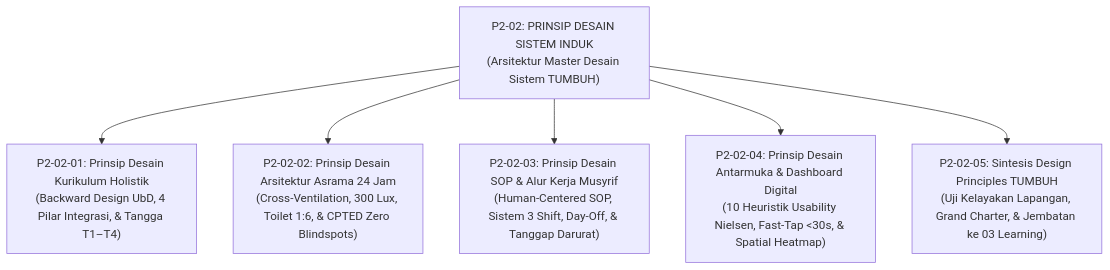
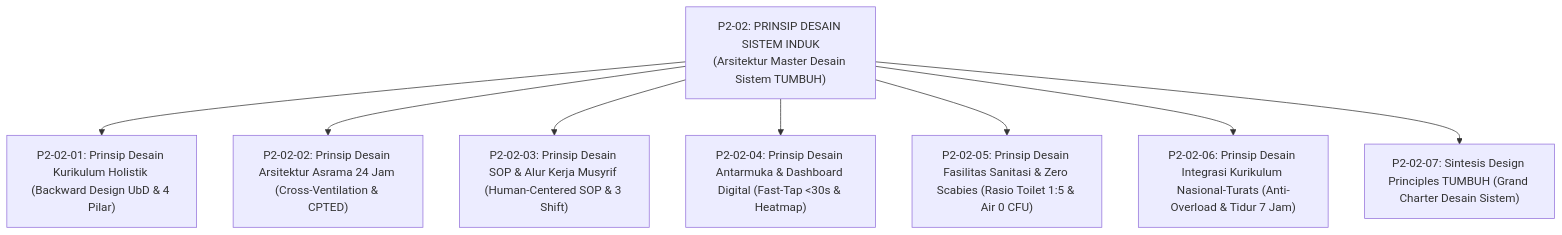
One commit to wandiapriliyandi/tumbuh changed the second of 3 diagrams in 02 Principles/02 Design Principles/P2-02-Prinsip-Desain-Sistem-TUMBUH.md. Above: the diagram before and after it, drawn with Mermaid. The commit also changed other lines of this file and 32 other files, not shown here.

````diff
--- a/02 Principles/02 Design Principles/P2-02-Prinsip-Desain-Sistem-TUMBUH.md
+++ b/02 Principles/02 Design Principles/P2-02-Prinsip-Desain-Sistem-TUMBUH.md
@@ -68,10 +68,12 @@
 ```mermaid
 graph TD
     Master["P2-02: PRINSIP DESAIN SISTEM INDUK<br/>(Arsitektur Master Desain Sistem TUMBUH)"]
     
-    Master --> M1["P2-02-01: Prinsip Desain Kurikulum Holistik<br/>(Backward Design UbD, 4 Pilar Integrasi, & Tangga T1–T4)"]
-    Master --> M2["P2-02-02: Prinsip Desain Arsitektur Asrama 24 Jam<br/>(Cross-Ventilation, 300 Lux, Toilet 1:6, & CPTED Zero Blindspots)"]
-    Master --> M3["P2-02-03: Prinsip Desain SOP & Alur Kerja Musyrif<br/>(Human-Centered SOP, Sistem 3 Shift, Day-Off, & Tanggap Darurat)"]
-    Master --> M4["P2-02-04: Prinsip Desain Antarmuka & Dashboard Digital<br/>(10 Heuristik Usability Nielsen, Fast-Tap <30s, & Spatial Heatmap)"]
-    Master --> M5["P2-02-05: Sintesis Design Principles TUMBUH<br/>(Uji Kelayakan Lapangan, Grand Charter, & Jembatan ke 03 Learning)"]
+    Master --> M1["P2-02-01: Prinsip Desain Kurikulum Holistik (Backward Design UbD & 4 Pilar)"]
+    Master --> M2["P2-02-02: Prinsip Desain Arsitektur Asrama 24 Jam (Cross-Ventilation & CPTED)"]
+    Master --> M3["P2-02-03: Prinsip Desain SOP & Alur Kerja Musyrif (Human-Centered SOP & 3 Shift)"]
+    Master --> M4["P2-02-04: Prinsip Desain Antarmuka & Dashboard Digital (Fast-Tap <30s & Heatmap)"]
+    Master --> M5["P2-02-05: Prinsip Desain Fasilitas Sanitasi & Zero Scabies (Rasio Toilet 1:5 & Air 0 CFU)"]
+    Master --> M6["P2-02-06: Prinsip Desain Integrasi Kurikulum Nasional-Turats (Anti-Overload & Tidur 7 Jam)"]
+    Master --> M7["P2-02-07: Sintesis Design Principles TUMBUH (Grand Charter Desain Sistem)"]
 ```
````
